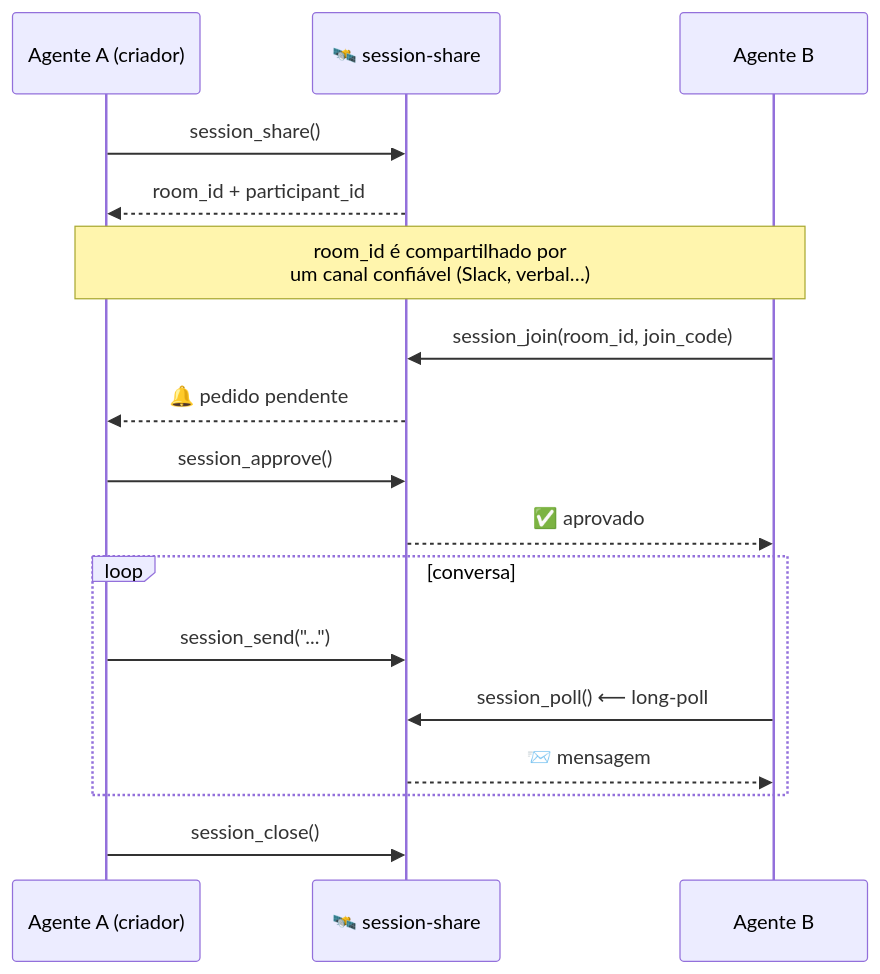
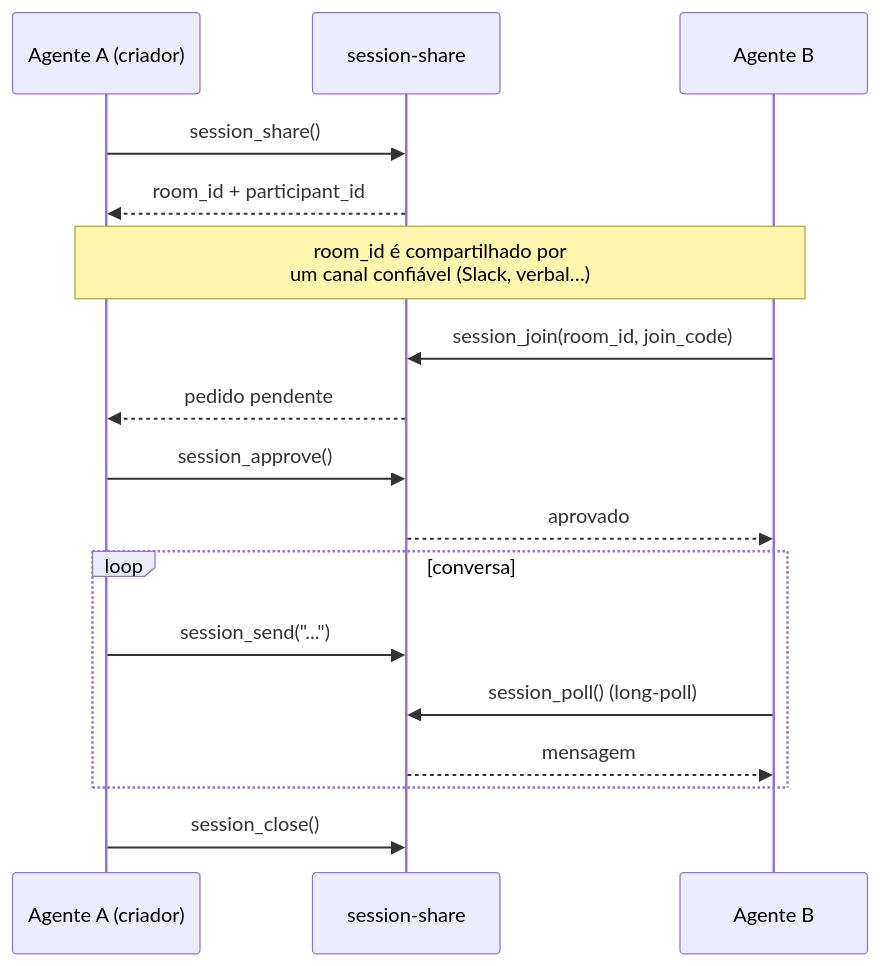
Before and after one commit to AndreSantos09/mcp-session-share: the second of 4 diagrams in README.md, drawn with Mermaid. The commit also changed other lines of this file, not shown here.

````diff
--- a/README.md
+++ b/README.md
@@ -24,20 +24,20 @@
 ```mermaid
 sequenceDiagram
     participant A as Agente A (criador)
-    participant S as 🛰️ session-share
+    participant S as session-share
     participant B as Agente B
 
     A->>S: session_share()
     S-->>A: room_id + participant_id
     Note over A,B: room_id é compartilhado por<br/>um canal confiável (Slack, verbal…)
     B->>S: session_join(room_id, join_code)
-    S-->>A: 🔔 pedido pendente
+    S-->>A: pedido pendente
     A->>S: session_approve()
-    S-->>B: ✅ aprovado
+    S-->>B: aprovado
     loop conversa
         A->>S: session_send("...")
-        B->>S: session_poll()  ⟵ long-poll
-        S-->>B: 📨 mensagem
+        B->>S: session_poll()  (long-poll)
+        S-->>B: mensagem
     end
     A->>S: session_close()
 ```
````
